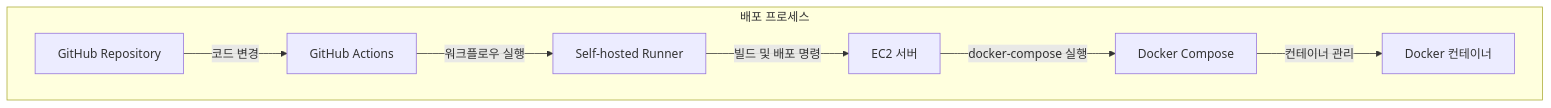
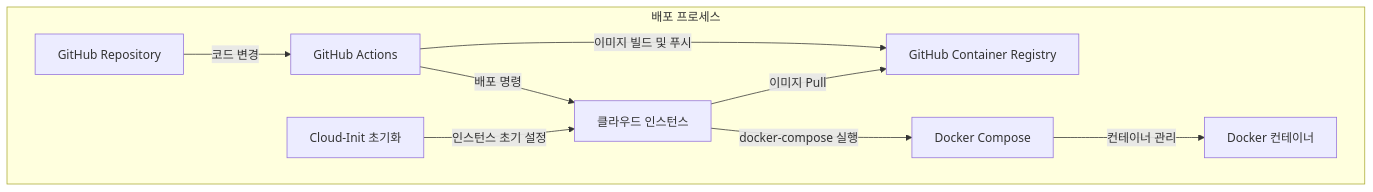
The sixth of 6 diagrams in README.md (HaeSim/bot-haesim-monorepo), drawn with Mermaid before and after one commit. The commit also changed other lines of this file, not shown here.

First line of the commit message:
docs: 클라우드 초기화 방식 변경에 따른 README 업데이트

````diff
--- a/README.md
+++ b/README.md
@@ -329,17 +331,20 @@
 ```mermaid
 graph TD
     subgraph "배포 프로세스"
         GH["GitHub Repository"]
         GHA["GitHub Actions"]
-        RUNNER["Self-hosted Runner"]
-        SERVER["EC2 서버"]
+        REGISTRY["GitHub Container Registry"]
+        SERVER["클라우드 인스턴스"]
+        CLOUDINIT["Cloud-Init 초기화"]
         COMPOSE["Docker Compose"]
         CONTAINERS["Docker 컨테이너"]
     end
     
     GH -->|코드 변경| GHA
-    GHA -->|워크플로우 실행| RUNNER
-    RUNNER -->|빌드 및 배포 명령| SERVER
+    GHA -->|이미지 빌드 및 푸시| REGISTRY
+    GHA -->|배포 명령| SERVER
+    CLOUDINIT -->|인스턴스 초기 설정| SERVER
+    SERVER -->|이미지 Pull| REGISTRY
     SERVER -->|docker-compose 실행| COMPOSE
     COMPOSE -->|컨테이너 관리| CONTAINERS
 ```
````
